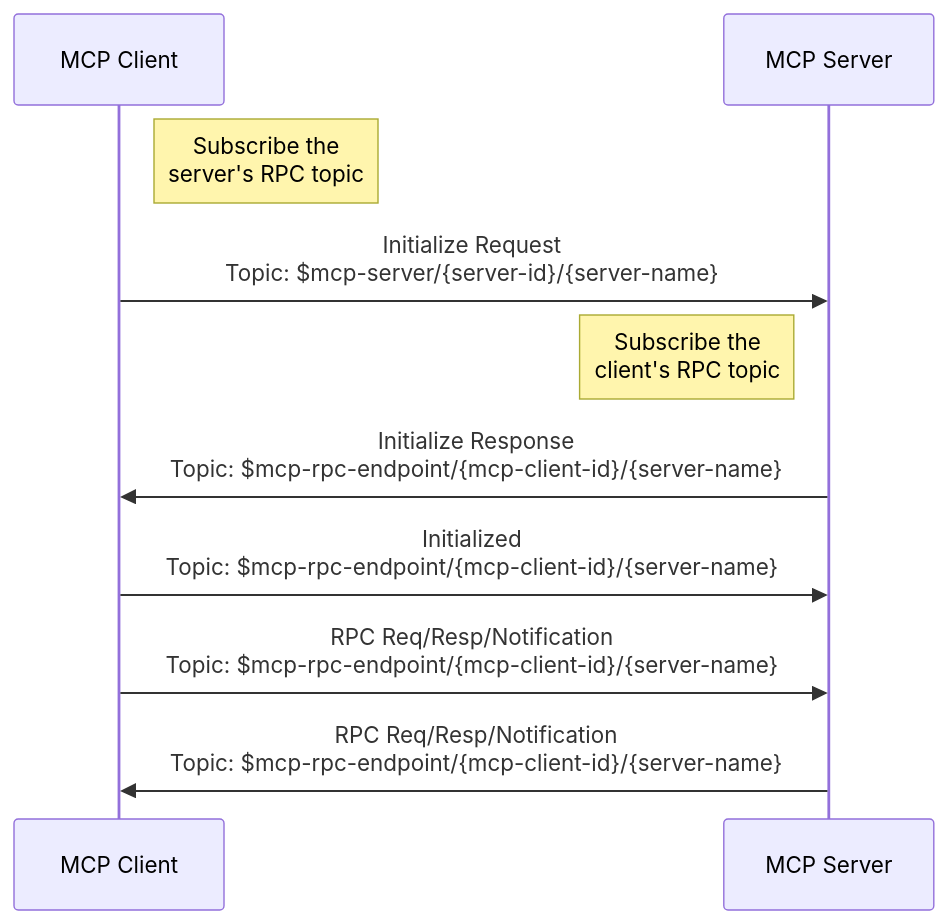
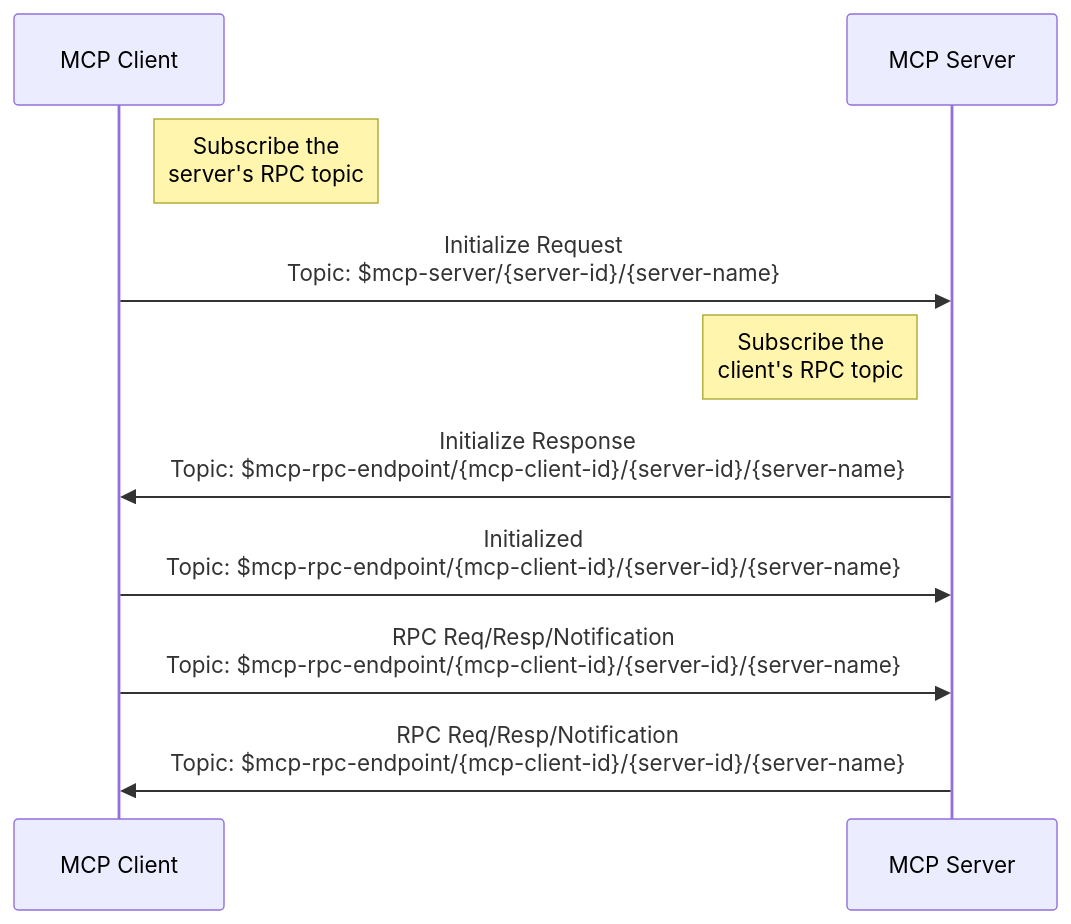
One commit to mqtt-ai/mcp-over-mqtt changed the second of 4 diagrams in specification/2025-03-26/basic/mqtt_transport.md. Above: the diagram before and after it, drawn with Mermaid. The commit also changed other lines of this file, not shown here.

Commit message:
add server-id into the rpc topics

````diff
--- a/specification/2025-03-26/basic/mqtt_transport.md
+++ b/specification/2025-03-26/basic/mqtt_transport.md
@@ -224,13 +224,13 @@
 ```mermaid
 sequenceDiagram
   participant MCP_Client as MCP Client
   participant MCP_Server as MCP Server
 
   Note right of MCP_Client: Subscribe the<br/>server's RPC topic
   MCP_Client ->> MCP_Server: Initialize Request<br/>Topic: $mcp-server/{server-id}/{server-name}
   Note left of MCP_Server: Subscribe the<br/>client's RPC topic
-  MCP_Server ->> MCP_Client: Initialize Response<br/>Topic: $mcp-rpc-endpoint/{mcp-client-id}/{server-name}
-  MCP_Client ->> MCP_Server: Initialized<br/>Topic: $mcp-rpc-endpoint/{mcp-client-id}/{server-name}
-  MCP_Client ->> MCP_Server: RPC Req/Resp/Notification<br/>Topic: $mcp-rpc-endpoint/{mcp-client-id}/{server-name}
-  MCP_Server ->> MCP_Client: RPC Req/Resp/Notification<br/>Topic: $mcp-rpc-endpoint/{mcp-client-id}/{server-name}
+  MCP_Server ->> MCP_Client: Initialize Response<br/>Topic: $mcp-rpc-endpoint/{mcp-client-id}/{server-id}/{server-name}
+  MCP_Client ->> MCP_Server: Initialized<br/>Topic: $mcp-rpc-endpoint/{mcp-client-id}/{server-id}/{server-name}
+  MCP_Client ->> MCP_Server: RPC Req/Resp/Notification<br/>Topic: $mcp-rpc-endpoint/{mcp-client-id}/{server-id}/{server-name}
+  MCP_Server ->> MCP_Client: RPC Req/Resp/Notification<br/>Topic: $mcp-rpc-endpoint/{mcp-client-id}/{server-id}/{server-name}
 ```
````
